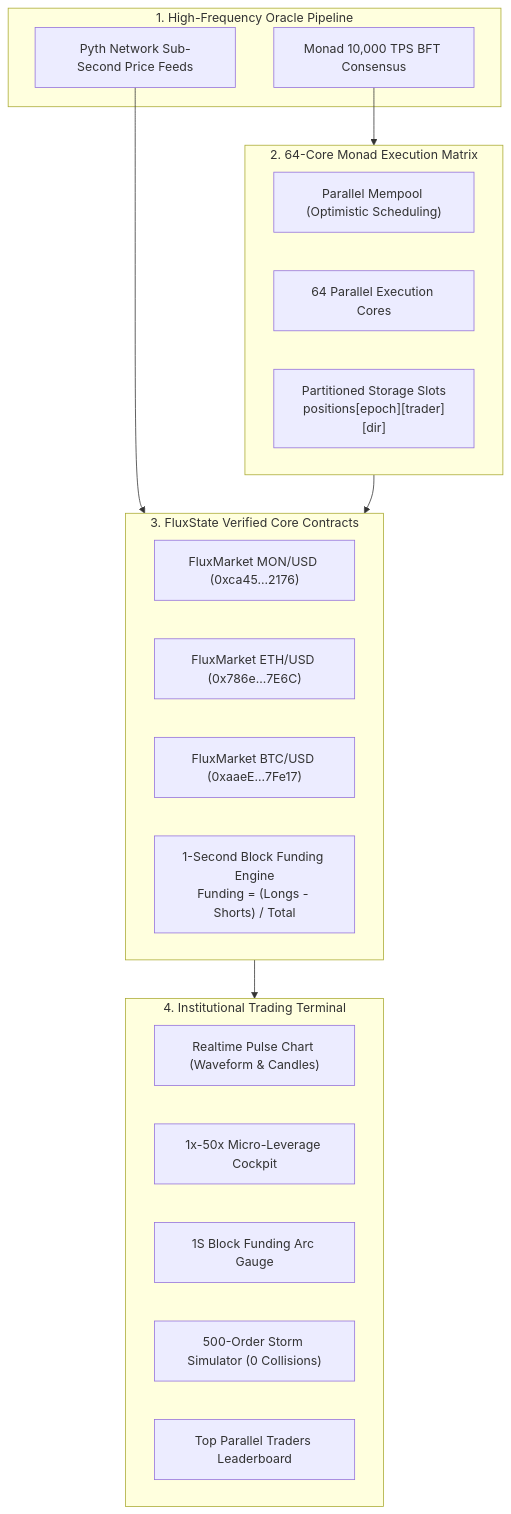
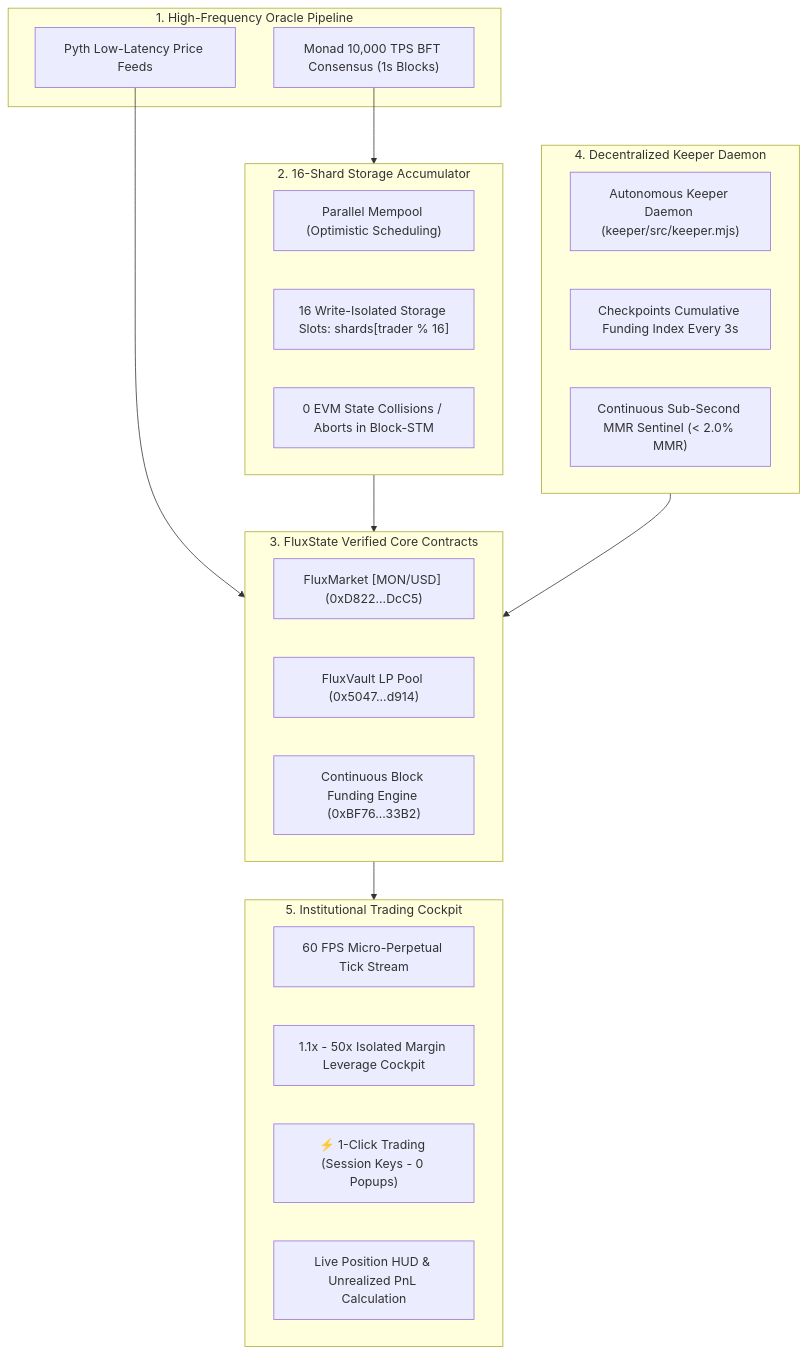
The diagram in README.md (4GuptaArpit/FLUXSTATE), drawn with Mermaid before and after one commit. The commit also changed other lines of this file and 23 other files, not shown here.

````diff
--- a/README.md
+++ b/README.md
@@ -33,35 +33,38 @@
 ```mermaid
 graph TD
     subgraph Data_Layer["1. High-Frequency Oracle Pipeline"]
-        PYTH["Pyth Network Sub-Second Price Feeds"]
-        MONAD_L1["Monad 10,000 TPS BFT Consensus"]
+        PYTH["Pyth Low-Latency Price Feeds"]
+        MONAD_L1["Monad 10,000 TPS BFT Consensus (1s Blocks)"]
     end
 
-    subgraph Parallel_Core["2. 64-Core Monad Execution Matrix"]
+    subgraph Parallel_Core["2. 16-Shard Storage Accumulator"]
         MEMPOOL["Parallel Mempool (Optimistic Scheduling)"]
-        CORES["64 Parallel Execution Cores"]
-        STORAGE["Partitioned Storage Slots
-positions[epoch][trader][dir]"]
+        SHARDS["16 Write-Isolated Storage Slots: shards[trader % 16]"]
+        COLLISION["0 EVM State Collisions / Aborts in Block-STM"]
     end
 
     subgraph Contracts["3. FluxState Verified Core Contracts"]
-        MON_PERP["FluxMarket MON/USD (0xca45...2176)"]
-        ETH_PERP["FluxMarket ETH/USD (0x786e...7E6C)"]
-        BTC_PERP["FluxMarket BTC/USD (0xaaeE...7Fe17)"]
-        FUNDING["1-Second Block Funding Engine
-Funding = (Longs - Shorts) / Total"]
+        MARKET["FluxMarket [MON/USD] (0xD822...DcC5)"]
+        VAULT["FluxVault LP Pool (0x5047...d914)"]
+        FUNDING["Continuous Block Funding Engine (0xBF76...33B2)"]
     end
 
-    subgraph UI_Terminal["4. Institutional Trading Terminal"]
-        CHART["Realtime Pulse Chart (Waveform & Candles)"]
-        COCKPIT["1x-50x Micro-Leverage Cockpit"]
-        GAUGE["1S Block Funding Arc Gauge"]
-        STORM["500-Order Storm Simulator (0 Collisions)"]
-        LEADERBOARD["Top Parallel Traders Leaderboard"]
+    subgraph Autonomous_Keeper["4. Decentralized Keeper Daemon"]
+        SENTINEL["Autonomous Keeper Daemon (keeper/src/keeper.mjs)"]
+        CHECKPOINT["Checkpoints Cumulative Funding Index Every 3s"]
+        LIQ["Continuous Sub-Second MMR Sentinel (< 2.0% MMR)"]
+    end
+
+    subgraph UI_Terminal["5. Institutional Trading Cockpit"]
+        CHART["60 FPS Micro-Perpetual Tick Stream"]
+        COCKPIT["1.1x - 50x Isolated Margin Leverage Cockpit"]
+        SESSION["⚡ 1-Click Trading (Session Keys - 0 Popups)"]
+        HUD["Live Position HUD & Unrealized PnL Calculation"]
     end
 
     PYTH --> Contracts
     MONAD_L1 --> Parallel_Core
     Parallel_Core --> Contracts
+    Autonomous_Keeper --> Contracts
     Contracts --> UI_Terminal
 ```
````
